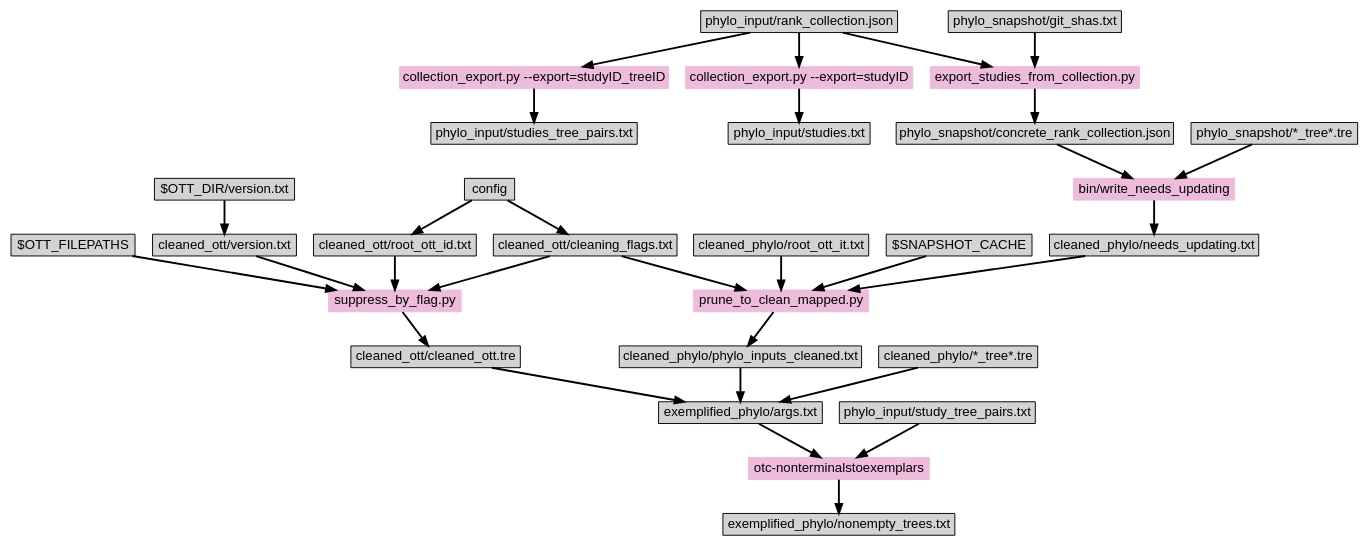
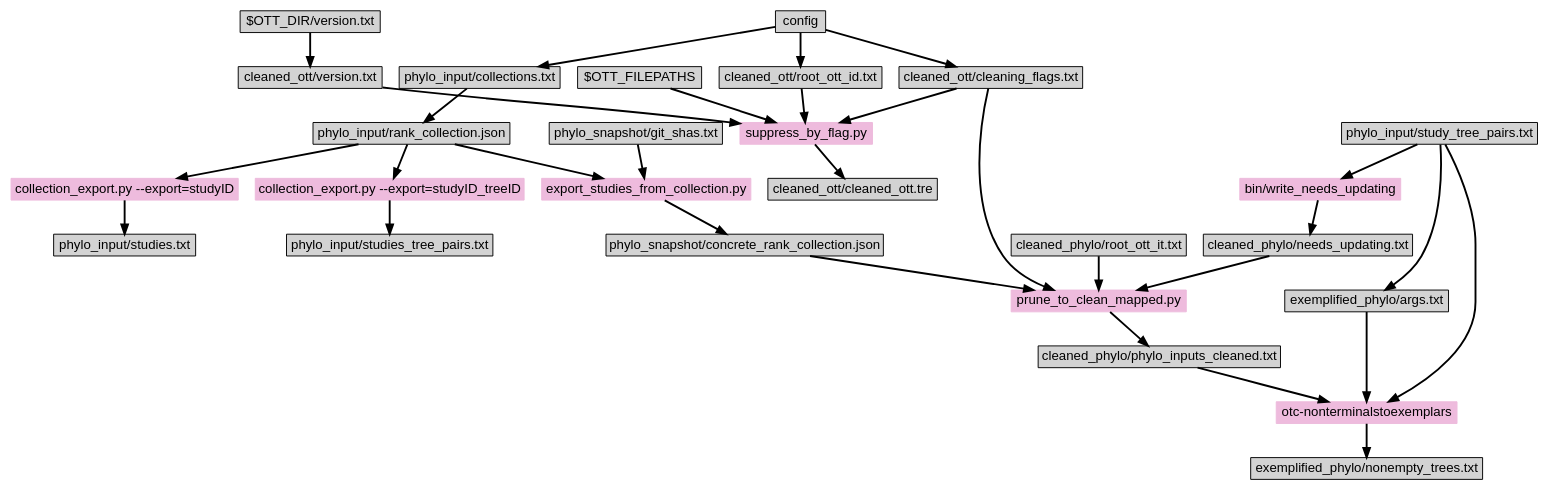
One commit to OpenTreeOfLife/propinquity changed the diagram in doc/dep.dot. Above: the diagram before and after it, drawn with Graphviz.

Commit message:
Update dependency graph.

```diff
--- a/doc/dep.dot
+++ b/doc/dep.dot
@@ -1,54 +1,55 @@
 digraph "make" {
 graph [ranksep=0.25, fontname=Arial,  nodesep=0.25, ranksep=0.5];
 node [fontname=Arial, style=filled, height=0, width=0, shape=box];
 edge [style="setlinewidth(2)"];
 
 config -> "cleaned_ott/root_ott_id.txt"
 config -> "cleaned_ott/cleaning_flags.txt"
 "$OTT_DIR/version.txt" -> "cleaned_ott/version.txt"
 
-"cleaned_phylo/*_tree*.tre" -> "exemplified_phylo/args.txt"
-"cleaned_phylo/phylo_inputs_cleaned.txt" -> "exemplified_phylo/args.txt"
-"cleaned_ott/cleaned_ott.tre" -> "exemplified_phylo/args.txt"
+"phylo_input/study_tree_pairs.txt" -> "exemplified_phylo/args.txt"
 
 "phylo_input/study_tree_pairs.txt" -> "otc-nonterminalstoexemplars"
 "exemplified_phylo/args.txt" -> "otc-nonterminalstoexemplars"
+"cleaned_phylo/phylo_inputs_cleaned.txt" -> "otc-nonterminalstoexemplars"
 "otc-nonterminalstoexemplars" -> "exemplified_phylo/nonempty_trees.txt"
 "otc-nonterminalstoexemplars"  [style=filled, color="#EEBBDD"]
 
 "$OTT_FILEPATHS" -> "suppress_by_flag.py"
 "cleaned_ott/version.txt" ->  "suppress_by_flag.py"
 "cleaned_ott/cleaning_flags.txt" ->  "suppress_by_flag.py"
 "cleaned_ott/root_ott_id.txt" ->  "suppress_by_flag.py"
 "suppress_by_flag.py" [style=filled, color="#EEBBDD"]
 "suppress_by_flag.py" -> "cleaned_ott/cleaned_ott.tre"
 
 "phylo_input/rank_collection.json" -> "collection_export.py --export=studyID"
 "collection_export.py --export=studyID" -> "phylo_input/studies.txt"
 "collection_export.py --export=studyID" [style=filled, color="#EEBBDD"]
 
 "phylo_input/rank_collection.json" -> "collection_export.py --export=studyID_treeID"
 "collection_export.py --export=studyID_treeID" -> "phylo_input/studies_tree_pairs.txt"
 "collection_export.py --export=studyID_treeID" [style=filled, color="#EEBBDD"]
 
 "phylo_snapshot/git_shas.txt"
 
 "phylo_snapshot/git_shas.txt" ->  "export_studies_from_collection.py"
 "phylo_input/rank_collection.json" -> "export_studies_from_collection.py"
 "export_studies_from_collection.py" -> "phylo_snapshot/concrete_rank_collection.json"
 "export_studies_from_collection.py"  [style=filled, color="#EEBBDD"]
 
-"phylo_snapshot/concrete_rank_collection.json" -> "bin/write_needs_updating"
-"phylo_snapshot/*_tree*.tre" -> "bin/write_needs_updating"
+"phylo_input/study_tree_pairs.txt" -> "bin/write_needs_updating"
 "bin/write_needs_updating" -> "cleaned_phylo/needs_updating.txt"
 "bin/write_needs_updating"   [style=filled, color="#EEBBDD"]
 
 "cleaned_phylo/needs_updating.txt" -> "prune_to_clean_mapped.py"
 "cleaned_ott/cleaning_flags.txt" -> "prune_to_clean_mapped.py"
 "cleaned_phylo/root_ott_it.txt" -> "prune_to_clean_mapped.py"
-"$SNAPSHOT_CACHE" -> "prune_to_clean_mapped.py"
+"phylo_snapshot/concrete_rank_collection.json" -> "prune_to_clean_mapped.py"
 "prune_to_clean_mapped.py"  [style=filled, color="#EEBBDD"]
 "prune_to_clean_mapped.py" -> "cleaned_phylo/phylo_inputs_cleaned.txt"
 
 
+config -> "phylo_input/collections.txt"
+"phylo_input/collections.txt" -> "phylo_input/rank_collection.json"
+# here is where we need to depend on whether the collections have changed!
 }
```
